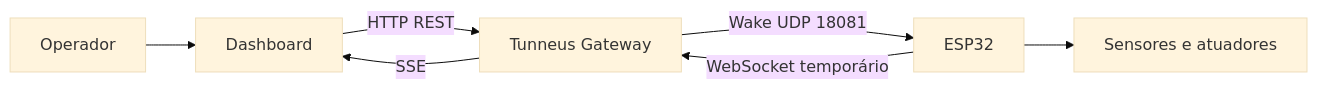
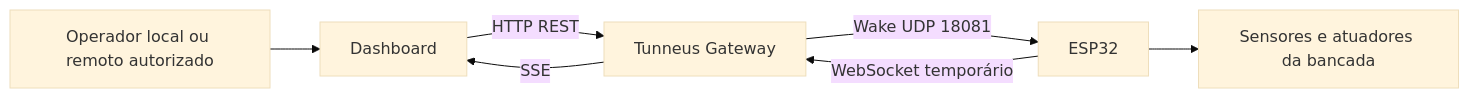
One commit to EliasCaua0/tunneus-gateway changed the diagram in README.md. Above: the diagram before and after it, drawn with Mermaid (base theme). The commit also changed other lines of this file and 5 other files, not shown here.

````diff
--- a/README.md
+++ b/README.md
@@ -11,9 +15,9 @@
 ```mermaid
 flowchart LR
-    U[Operador] --> D[Dashboard]
+    U[Operador local ou remoto autorizado] --> D[Dashboard]
     D -->|HTTP REST| G[Tunneus Gateway]
     G -->|SSE| D
     G -->|Wake UDP 18081| E[ESP32]
     E -->|WebSocket temporário| G
-    E --> H[Sensores e atuadores]
+    E --> H[Sensores e atuadores da bancada]
 ```
````
